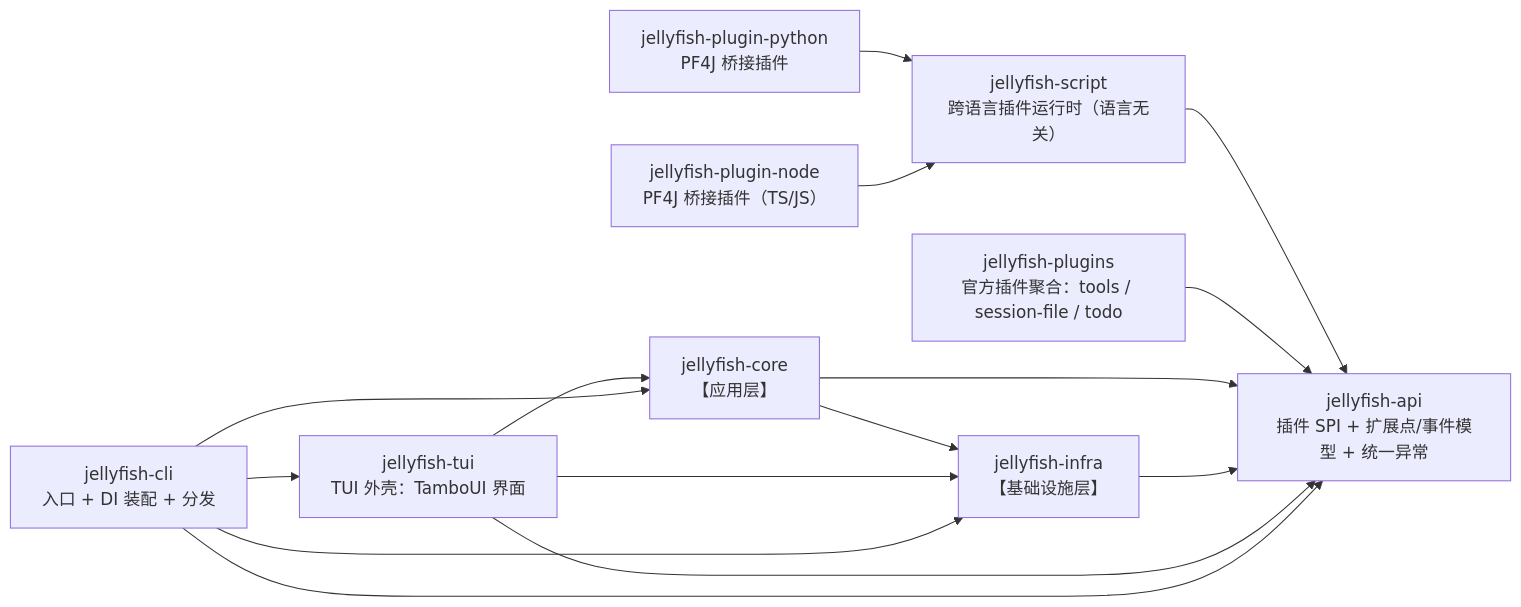
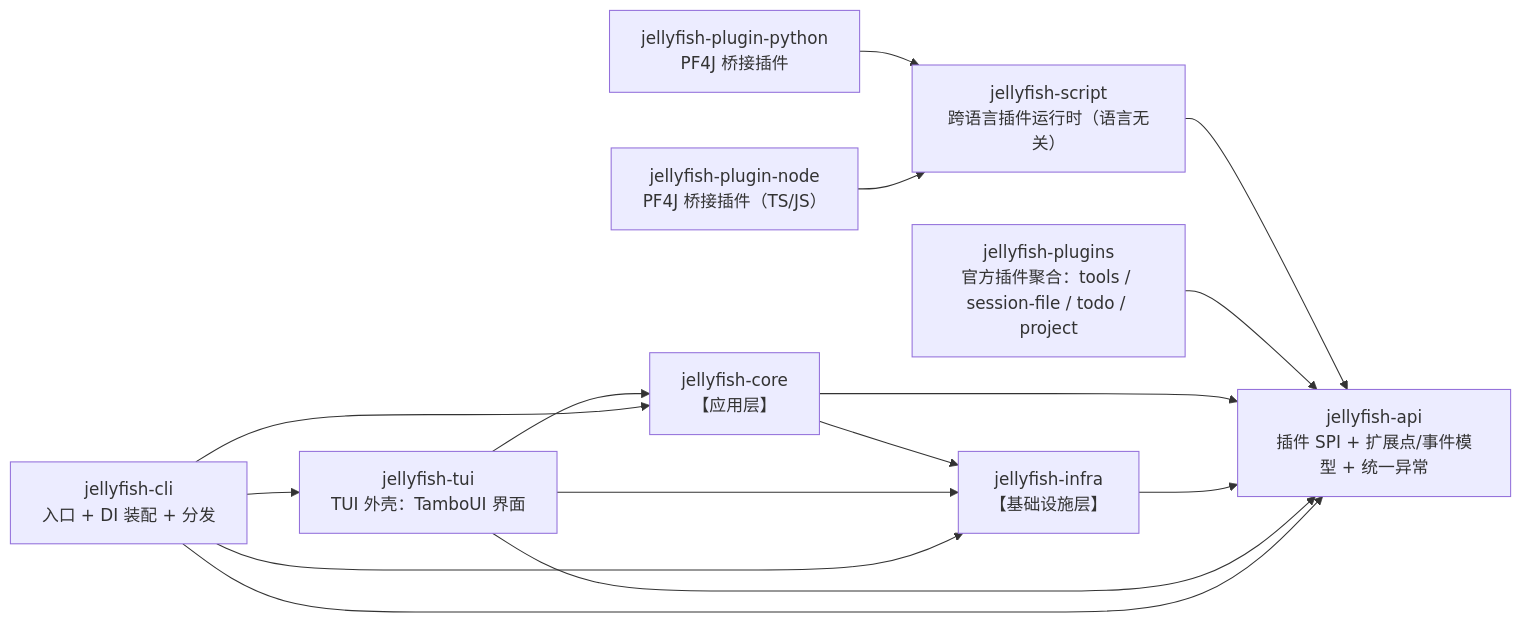
One commit to zcd0831/Jellyfish changed the second of 2 diagrams in AGENTS.md. Above: the diagram before and after it, drawn with Mermaid. The commit also changed other lines of this file and 12 other files, not shown here.

````diff
--- a/AGENTS.md
+++ b/AGENTS.md
@@ -175,27 +175,27 @@
 ```mermaid
 flowchart LR
     API["jellyfish-api<br>插件 SPI + 扩展点/事件模型 + 统一异常"]
-    PLUGINS["jellyfish-plugins<br>官方插件聚合：tools / session-file / todo"]
+    PLUGINS["jellyfish-plugins<br>官方插件聚合：tools / session-file / todo / project"]
     SCRIPT["jellyfish-script<br>跨语言插件运行时（语言无关）"]
     PY["jellyfish-plugin-python<br>PF4J 桥接插件"]
     NODE["jellyfish-plugin-node<br>PF4J 桥接插件（TS/JS）"]
     INFRA["jellyfish-infra<br>【基础设施层】"]
     CORE["jellyfish-core<br>【应用层】"]
     TUI["jellyfish-tui<br>TUI 外壳：TamboUI 界面"]
     CLI["jellyfish-cli<br>入口 + DI 装配 + 分发"]
 
     PY --> SCRIPT
     NODE --> SCRIPT
     SCRIPT --> API
     PLUGINS --> API
     CORE --> API
     CORE --> INFRA
     INFRA --> API
     TUI --> CORE
     TUI --> INFRA
     TUI --> API
     CLI --> CORE
     CLI --> INFRA
     CLI --> API
     CLI --> TUI
 ```
````
